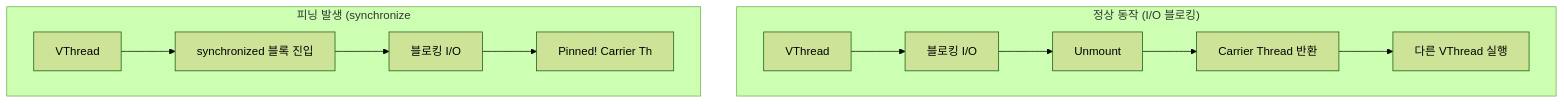
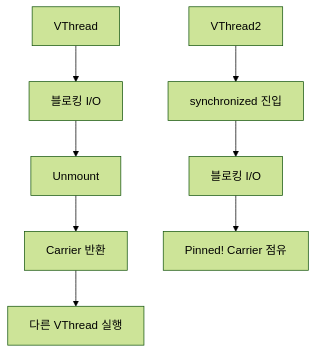
The sixth of 7 diagrams in _posts/java/2026-05-01-java-virtual-thread.md (yjkim2015/yjkim2015.github.io), drawn with Mermaid (forest theme) before and after one commit. The commit also changed other lines of this file and 155 other files, not shown here.

First line of the commit message:
Mermaid 전면 수정: subgraph 제거, participant/노드/줄수 축소 (342블록)

````diff
--- a/_posts/java/2026-05-01-java-virtual-thread.md
+++ b/_posts/java/2026-05-01-java-virtual-thread.md
@@ -397,14 +392,10 @@
 ```mermaid
 graph TD
-  subgraph OK["정상 동작 (I/O 블로킹)"]
-    V1[VThread] --> BIO[블로킹 I/O]
-    BIO --> UM[Unmount]
-    UM --> RET[Carrier Thread 반환]
-    RET --> OV[다른 VThread 실행]
-  end
-  subgraph PIN["피닝 발생 (synchronize"]
-    V2[VThread] --> SYN[synchronized 블록 진입]
-    SYN --> BIO2[블로킹 I/O]
-    BIO2 --> PINNED["Pinned! Carrier Th"]
-  end
+  V1[VThread] --> BIO[블로킹 I/O]
+  BIO --> UM[Unmount]
+  UM --> RET[Carrier 반환]
+  RET --> OV[다른 VThread 실행]
+  V2[VThread2] --> SYN[synchronized 진입]
+  SYN --> BIO2[블로킹 I/O]
+  BIO2 --> PINNED["Pinned! Carrier 점유"]
 ```
````
